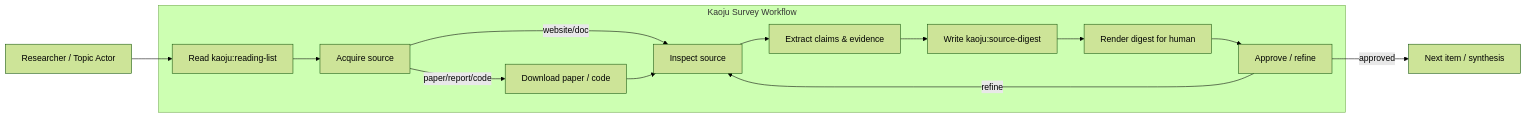
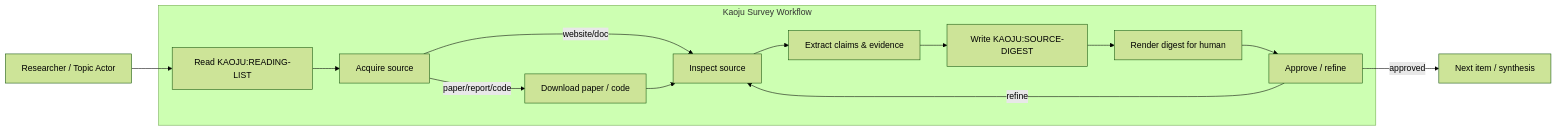
One commit to CodeGandee/isomer-labs changed the first of 2 diagrams in context/features/2026-07-14-kaoju-survey-process-usecases/usecases/uc-03-ingest-reading-item-in-depth.md. Above: the diagram before and after it, drawn with Mermaid (forest theme). The commit also changed other lines of this file and 309 other files, not shown here.

````diff
--- a/context/features/2026-07-14-kaoju-survey-process-usecases/usecases/uc-03-ingest-reading-item-in-depth.md
+++ b/context/features/2026-07-14-kaoju-survey-process-usecases/usecases/uc-03-ingest-reading-item-in-depth.md
@@ -105,27 +105,27 @@
 ```mermaid
 flowchart LR
   Actor[Researcher / Topic Actor]
 
   subgraph System[Kaoju Survey Workflow]
-    ReadList[Read kaoju:reading-list]
+    ReadList[Read KAOJU:READING-LIST]
     Acquire[Acquire source]
     Download[Download paper / code]
     Inspect[Inspect source]
     Extract[Extract claims & evidence]
-    WriteDigest[Write kaoju:source-digest]
+    WriteDigest[Write KAOJU:SOURCE-DIGEST]
     Review[Render digest for human]
     Refine[Approve / refine]
   end
 
   Actor --> ReadList
   ReadList --> Acquire
   Acquire -->|paper/report/code| Download
   Acquire -->|website/doc| Inspect
   Download --> Inspect
   Inspect --> Extract
   Extract --> WriteDigest
   WriteDigest --> Review
   Review --> Refine
   Refine -->|approved| Next["Next item / synthesis"]
   Refine -->|refine| Inspect
 ```
````
